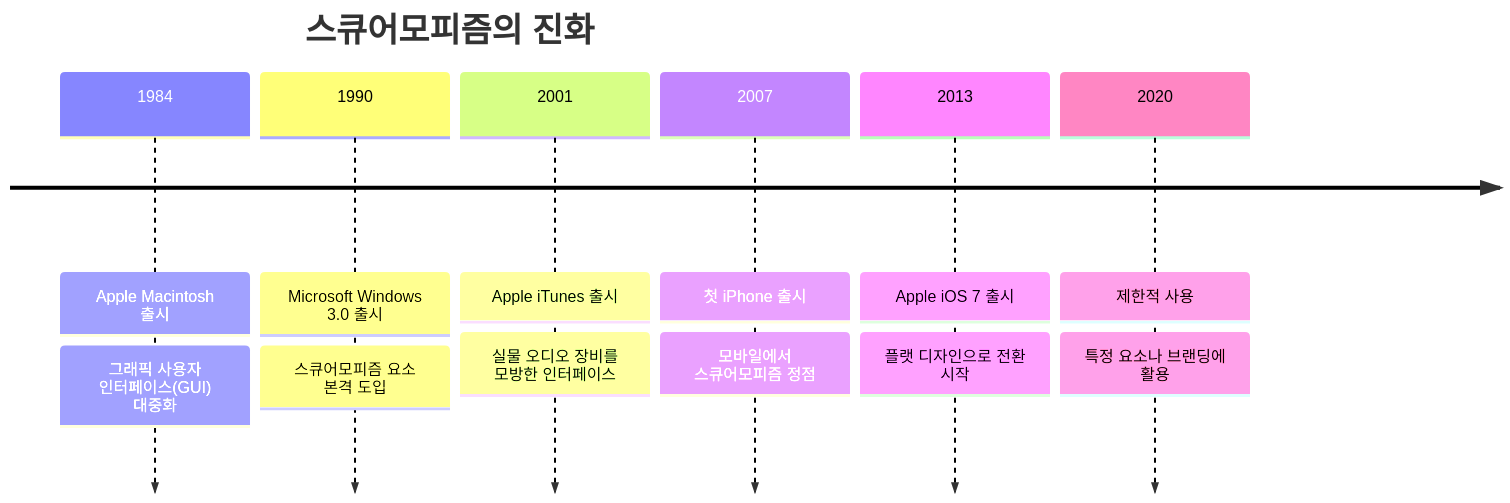
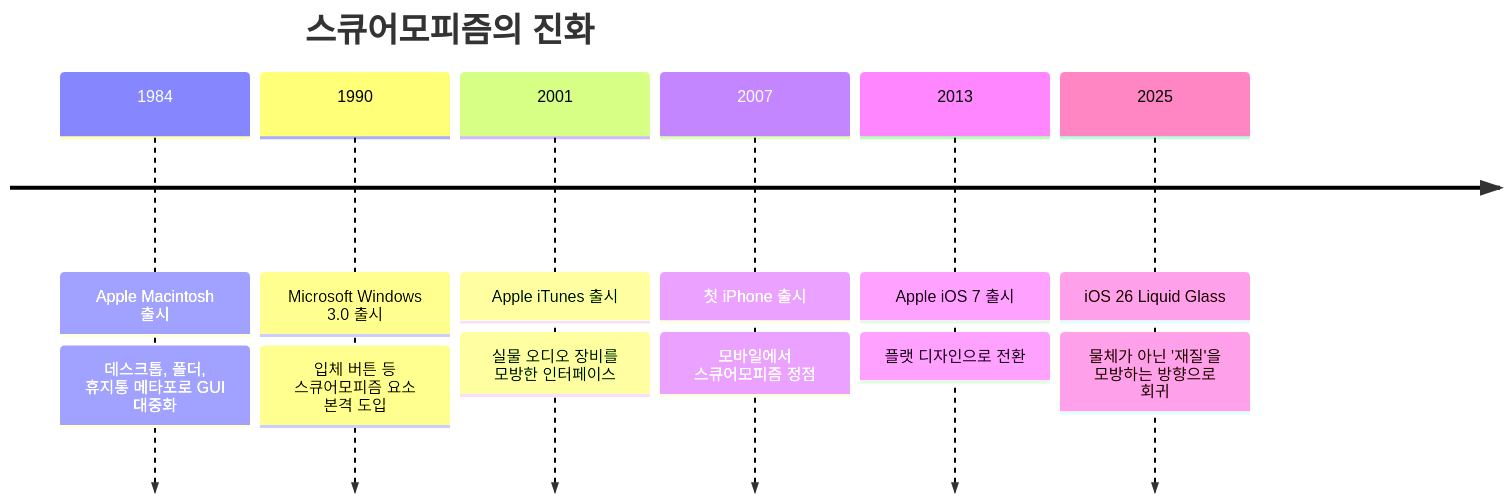
The diagram in _posts/design/style/2024-08-25-skeuomorphism.md (saejinpark/saejinpark.github.io), drawn with Mermaid before and after one commit. The commit also changed other lines of this file and 23 other files, not shown here.

```diff
--- a/_posts/design/style/2024-08-25-skeuomorphism.md
+++ b/_posts/design/style/2024-08-25-skeuomorphism.md
@@ -24,16 +37,16 @@
 <div class="mermaid">
 timeline
     title 스큐어모피즘의 진화
     1984 : Apple Macintosh 출시
-         : 그래픽 사용자 인터페이스(GUI) 대중화
+         : 데스크톱, 폴더, 휴지통 메타포로 GUI 대중화
     1990 : Microsoft Windows 3.0 출시
-         : 스큐어모피즘 요소 본격 도입
+         : 입체 버튼 등 스큐어모피즘 요소 본격 도입
     2001 : Apple iTunes 출시
          : 실물 오디오 장비를 모방한 인터페이스
     2007 : 첫 iPhone 출시
          : 모바일에서 스큐어모피즘 정점
     2013 : Apple iOS 7 출시
-         : 플랫 디자인으로 전환 시작
-    2020 : 제한적 사용
-         : 특정 요소나 브랜딩에 활용
+         : 플랫 디자인으로 전환
+    2025 : iOS 26 Liquid Glass
+         : 물체가 아닌 '재질'을 모방하는 방향으로 회귀
 </div>
```
